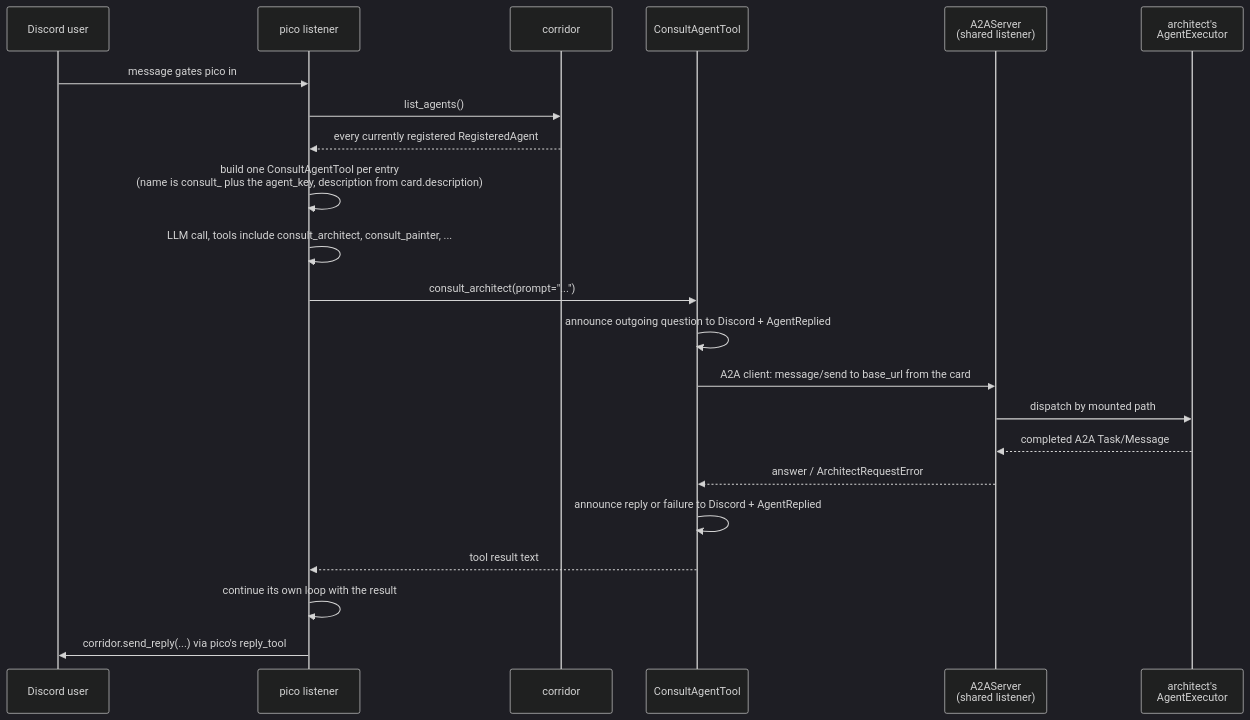
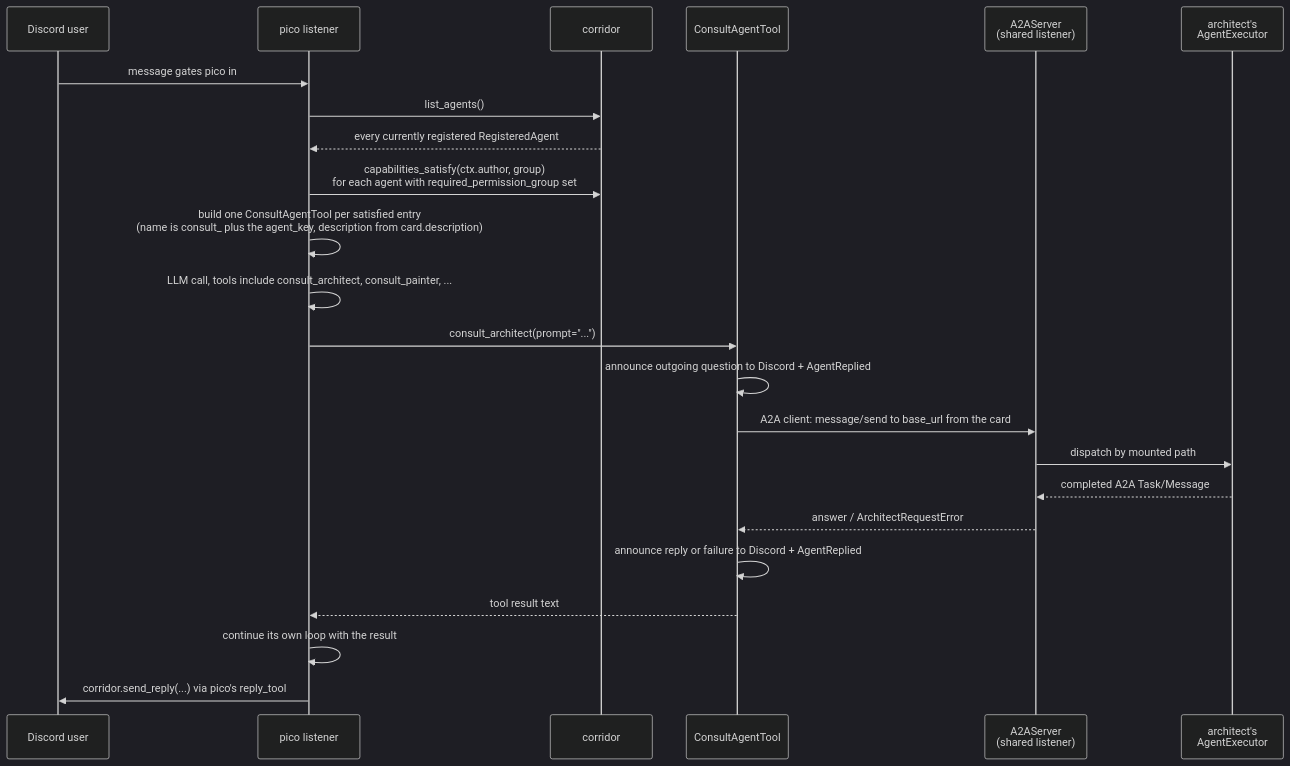
Before and after one commit to pixel-agents-hq/pixel-agents-cogs: the third of 3 diagrams in docs/agent-directory-design.md, drawn with Mermaid (dark theme). The commit also changed other lines of this file and 89 other files, not shown here.

````diff
--- a/docs/agent-directory-design.md
+++ b/docs/agent-directory-design.md
@@ -148,25 +162,26 @@
 ```mermaid
 sequenceDiagram
     participant U as Discord user
     participant P as pico listener
     participant Corridor as corridor
     participant Tool as ConsultAgentTool
     participant A2A as A2AServer<br/>(shared listener)
     participant Agent as architect's<br/>AgentExecutor
 
     U->>P: message gates pico in
     P->>Corridor: list_agents()
     Corridor-->>P: every currently registered RegisteredAgent
-    P->>P: build one ConsultAgentTool per entry<br/>(name is consult_ plus the agent_key, description from card.description)
+    P->>Corridor: capabilities_satisfy(ctx.author, group)<br/>for each agent with required_permission_group set
+    P->>P: build one ConsultAgentTool per satisfied entry<br/>(name is consult_ plus the agent_key, description from card.description)
     P->>P: LLM call, tools include consult_architect, consult_painter, ...
     P->>Tool: consult_architect(prompt="...")
     Tool->>Tool: announce outgoing question to Discord + AgentReplied
     Tool->>A2A: A2A client: message/send to base_url from the card
     A2A->>Agent: dispatch by mounted path
     Agent-->>A2A: completed A2A Task/Message
     A2A-->>Tool: answer / ArchitectRequestError
     Tool->>Tool: announce reply or failure to Discord + AgentReplied
     Tool-->>P: tool result text
     P->>P: continue its own loop with the result
     P->>U: corridor.send_reply(...) via pico's reply_tool
 ```
````
